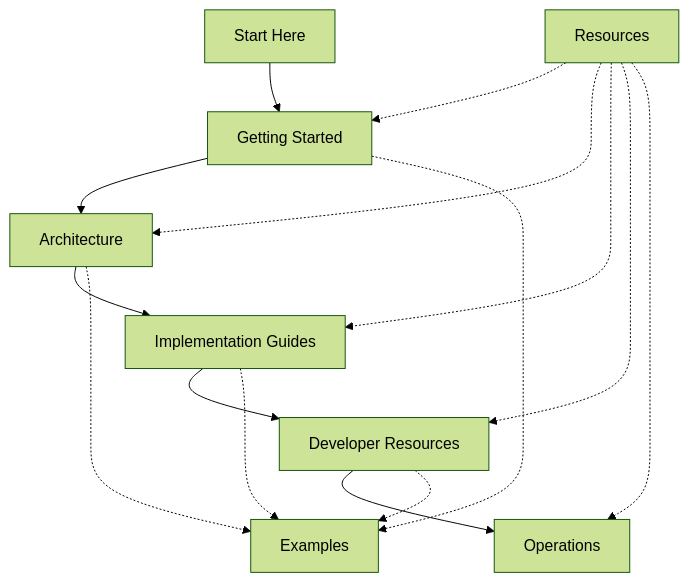
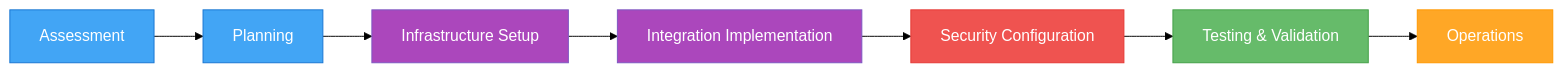
One commit to three-horizon/SAP-GitHub-Integration-Playbook changed the diagram in docs/index.md. Above: the diagram before and after it, drawn with Mermaid (forest theme). The commit also changed other lines of this file and 4 other files, not shown here.

````diff
--- a/docs/index.md
+++ b/docs/index.md
@@ -128,19 +45,17 @@
 ```mermaid
-graph TD
-    A[Start Here] --> B[Getting Started]
-    B --> C[Architecture]
-    C --> D[Implementation Guides]
-    D --> E[Developer Resources]
-    E --> F[Operations]
+graph LR
+    A[Assessment] --> B[Planning]
+    B --> C[Infrastructure Setup]
+    C --> D[Integration Implementation]
+    D --> E[Security Configuration]
+    E --> F[Testing & Validation]
+    F --> G[Operations]
     
-    B -.-> G[Examples]
-    C -.-> G
-    D -.-> G
-    E -.-> G
-    
-    H[Resources] -.-> B
-    H -.-> C
-    H -.-> D
-    H -.-> E
-    H -.-> F
+    style A fill:#42A5F5,stroke:#1976D2,color:white
+    style B fill:#42A5F5,stroke:#1976D2,color:white
+    style C fill:#AB47BC,stroke:#7E57C2,color:white
+    style D fill:#AB47BC,stroke:#7E57C2,color:white
+    style E fill:#EF5350,stroke:#E53935,color:white
+    style F fill:#66BB6A,stroke:#43A047,color:white
+    style G fill:#FFA726,stroke:#FF9800,color:white
 ```
````
